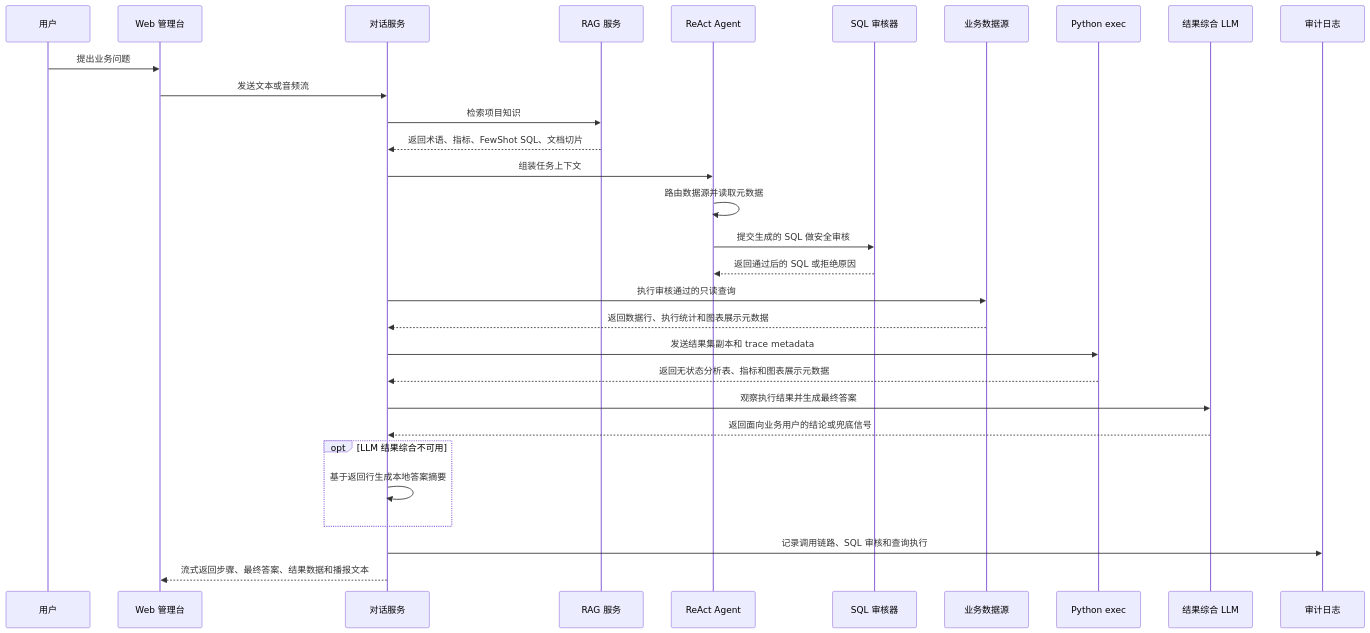
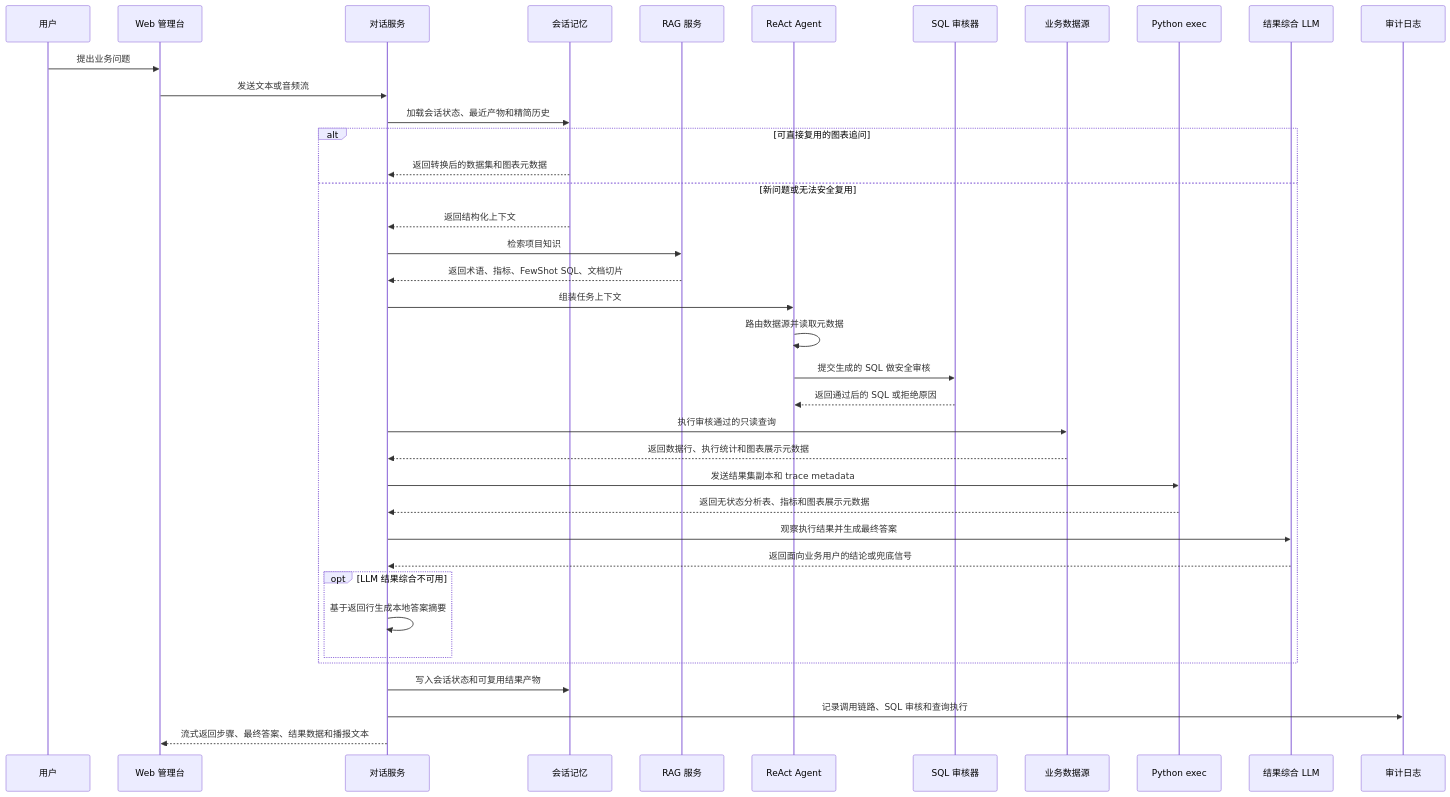
Before and after one commit to fanxiangqing/ling-shu: the third of 3 diagrams in README-zh.md, drawn with Mermaid. The commit also changed other lines of this file and 20 other files, not shown here.

Commit message:
feat: add structured chat memory and result reuse

````diff
--- a/README-zh.md
+++ b/README-zh.md
@@ -511,33 +526,41 @@
 ```mermaid
 sequenceDiagram
   participant User as 用户
   participant Web as Web 管理台
   participant Chat as 对话服务
+  participant Memory as 会话记忆
   participant RAG as RAG 服务
   participant Agent as ReAct Agent
   participant SQL as SQL 审核器
   participant DB as 业务数据源
   participant PyExec as Python exec
   participant LLM as 结果综合 LLM
   participant Audit as 审计日志
 
   User->>Web: 提出业务问题
   Web->>Chat: 发送文本或音频流
-  Chat->>RAG: 检索项目知识
-  RAG-->>Chat: 返回术语、指标、FewShot SQL、文档切片
-  Chat->>Agent: 组装任务上下文
-  Agent->>Agent: 路由数据源并读取元数据
-  Agent->>SQL: 提交生成的 SQL 做安全审核
-  SQL-->>Agent: 返回通过后的 SQL 或拒绝原因
-  Chat->>DB: 执行审核通过的只读查询
-  DB-->>Chat: 返回数据行、执行统计和图表展示元数据
-  Chat->>PyExec: 发送结果集副本和 trace metadata
-  PyExec-->>Chat: 返回无状态分析表、指标和图表展示元数据
-  Chat->>LLM: 观察执行结果并生成最终答案
-  LLM-->>Chat: 返回面向业务用户的结论或兜底信号
-  opt LLM 结果综合不可用
-    Chat->>Chat: 基于返回行生成本地答案摘要
+  Chat->>Memory: 加载会话状态、最近产物和精简历史
+  alt 可直接复用的图表追问
+    Memory-->>Chat: 返回转换后的数据集和图表元数据
+  else 新问题或无法安全复用
+    Memory-->>Chat: 返回结构化上下文
+    Chat->>RAG: 检索项目知识
+    RAG-->>Chat: 返回术语、指标、FewShot SQL、文档切片
+    Chat->>Agent: 组装任务上下文
+    Agent->>Agent: 路由数据源并读取元数据
+    Agent->>SQL: 提交生成的 SQL 做安全审核
+    SQL-->>Agent: 返回通过后的 SQL 或拒绝原因
+    Chat->>DB: 执行审核通过的只读查询
+    DB-->>Chat: 返回数据行、执行统计和图表展示元数据
+    Chat->>PyExec: 发送结果集副本和 trace metadata
+    PyExec-->>Chat: 返回无状态分析表、指标和图表展示元数据
+    Chat->>LLM: 观察执行结果并生成最终答案
+    LLM-->>Chat: 返回面向业务用户的结论或兜底信号
+    opt LLM 结果综合不可用
+      Chat->>Chat: 基于返回行生成本地答案摘要
+    end
   end
+  Chat->>Memory: 写入会话状态和可复用结果产物
   Chat->>Audit: 记录调用链路、SQL 审核和查询执行
   Chat-->>Web: 流式返回步骤、最终答案、结果数据和播报文本
 ```
````
